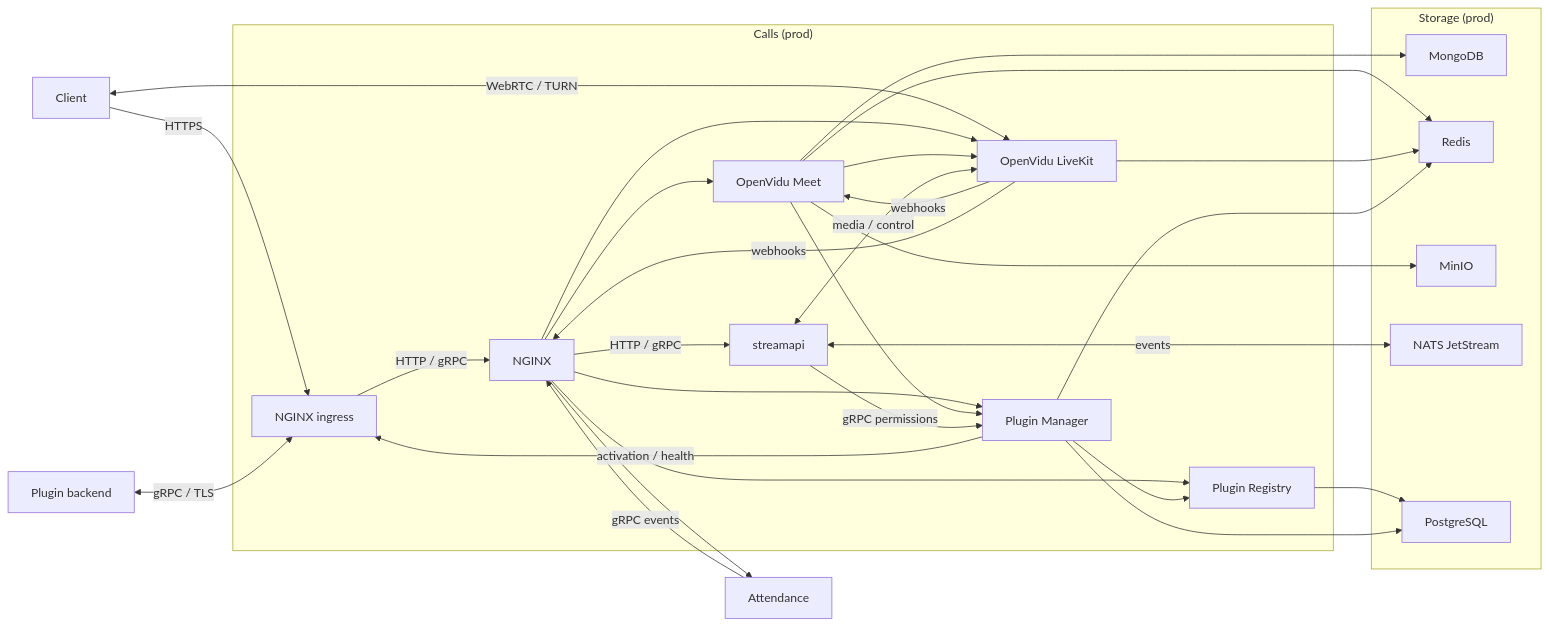
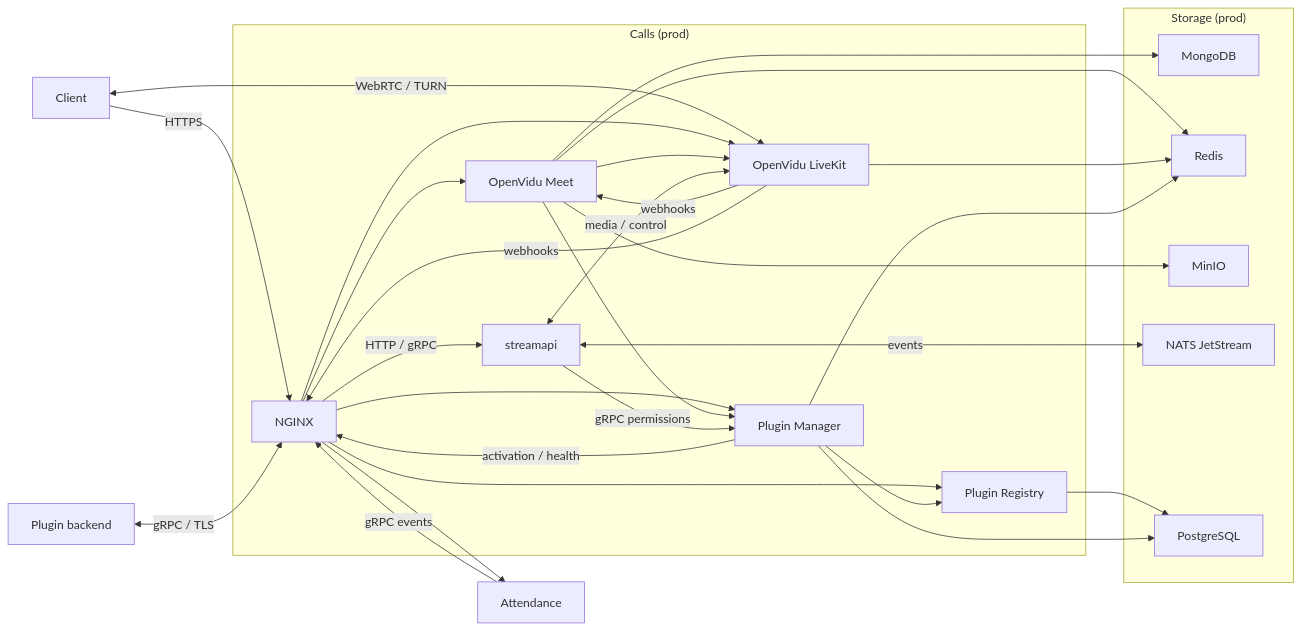
The diagram in README.md (dwspurpleteam/deployer), drawn with Mermaid before and after one commit.

Commit message:
Show a single nginx in architecture diagram

````diff
--- a/README.md
+++ b/README.md
@@ -12,44 +12,43 @@
 ```mermaid
 flowchart LR
-  browser[Client] -->|HTTPS| ingress[NGINX ingress]
+  browser[Client] -->|HTTPS| proxy
   browser <-->|WebRTC / TURN| openvidu
-  plugin_backend[Plugin backend] <-->|gRPC / TLS| ingress
+  plugin_backend[Plugin backend] <-->|gRPC / TLS| proxy
   attendance[Attendance]
-  ingress -->|HTTP / gRPC| proxy
 
   subgraph calls_prod["Calls (prod)"]
     proxy[NGINX] --> meet[OpenVidu Meet]
     proxy --> openvidu[OpenVidu LiveKit]
     proxy -->|HTTP / gRPC| streamapi[streamapi]
     proxy --> manager[Plugin Manager]
     proxy --> registry[Plugin Registry]
     meet --> openvidu
     meet --> manager
     openvidu -->|webhooks| meet
     openvidu -->|webhooks| proxy
     streamapi <-->|media / control| openvidu
     streamapi -->|gRPC permissions| manager
     manager --> registry
-    manager -->|activation / health| ingress
+    manager -->|activation / health| proxy
   end
 
   proxy --> attendance
   attendance -->|gRPC events| proxy
 
   subgraph storage["Storage (prod)"]
     mongodb[MongoDB]
     redis[Redis]
     minio[MinIO]
     nats["NATS JetStream"]
     postgres[PostgreSQL]
   end
 
   meet --> mongodb
   meet --> redis
   meet --> minio
   openvidu --> redis
   manager --> redis
   streamapi <-->|events| nats
   registry --> postgres
   manager --> postgres
 ```
````
